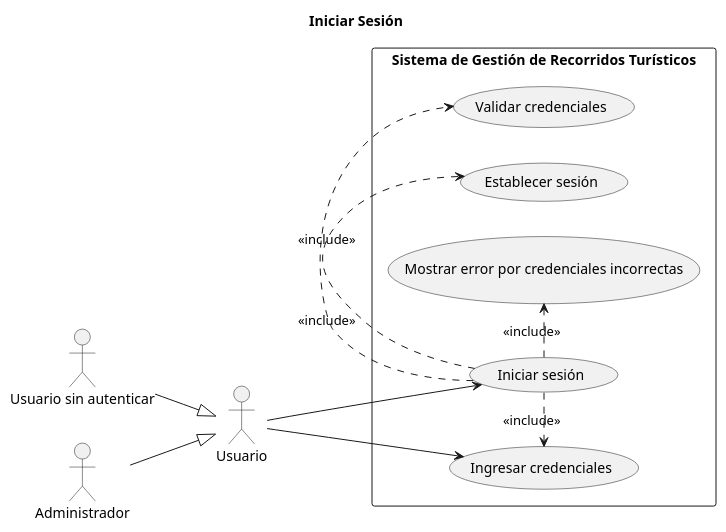
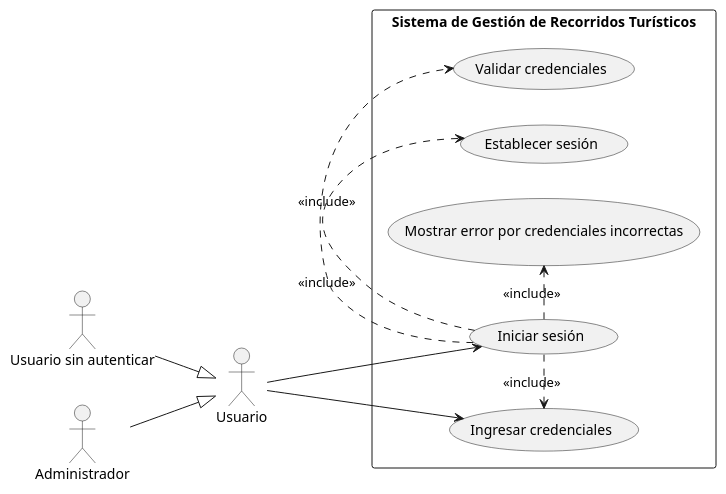
One commit to LauKnitIn/SISTEMA-GESTOR-DE-RECORRIDOS changed the diagram in diagramas_modulo_autenticacion/casos-uso-modulo-autenticacion/CU_Iniciar_sesión.puml. Above: the diagram before and after it, drawn with PlantUML.

```diff
--- a/diagramas_modulo_autenticacion/casos-uso-modulo-autenticacion/CU_Iniciar_sesión.puml
+++ b/diagramas_modulo_autenticacion/casos-uso-modulo-autenticacion/CU_Iniciar_sesión.puml
@@ -1,24 +1,23 @@
 @startuml
 left to right direction
-title Iniciar Sesión
 
 actor Usuario
 actor "Usuario sin autenticar" as UNoAuth
 actor Administrador
 
 UNoAuth --|> Usuario
 Administrador --|> Usuario
 
 rectangle "Sistema de Gestión de Recorridos Turísticos" {
 
   Usuario --> (Iniciar sesión)
   Usuario --> (Ingresar credenciales)
 
   (Iniciar sesión) .> (Ingresar credenciales) : <<include>>
   (Iniciar sesión) .> (Validar credenciales) : <<include>>
   (Iniciar sesión) .> (Establecer sesión) : <<include>>
   (Iniciar sesión) .> (Mostrar error por credenciales incorrectas) : <<include>>
 
 }
 
 @enduml
```
